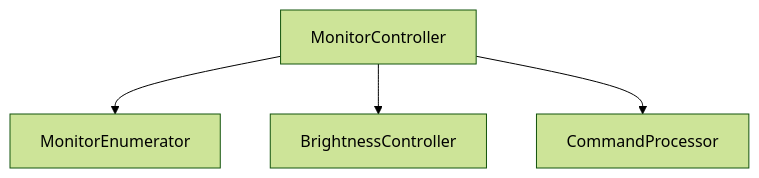
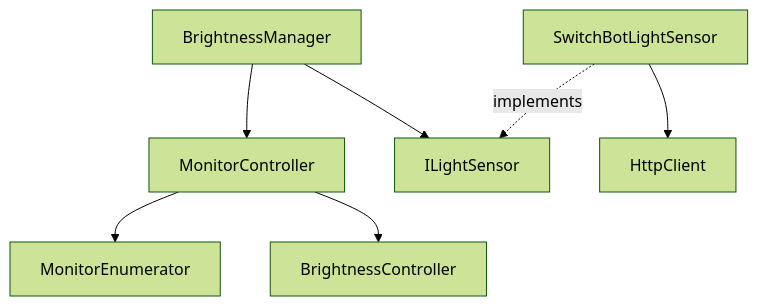
Before and after one commit to halby24/DisplayController: the diagram in .cline/memory/systemPatterns.md, drawn with Mermaid (forest theme). The commit also changed other lines of this file and 4 other files, not shown here.

````diff
--- a/.cline/memory/systemPatterns.md
+++ b/.cline/memory/systemPatterns.md
@@ -6,6 +6,11 @@
 ```mermaid
 graph TD
     A[MonitorController] --> B[MonitorEnumerator]
     A --> C[BrightnessController]
-    A --> D[CommandProcessor]
+
+    D[BrightnessManager] --> A
+    D --> E[ILightSensor]
+
+    F[SwitchBotLightSensor] --> G[HttpClient]
+    F -.implements.-> E
 ```
````
